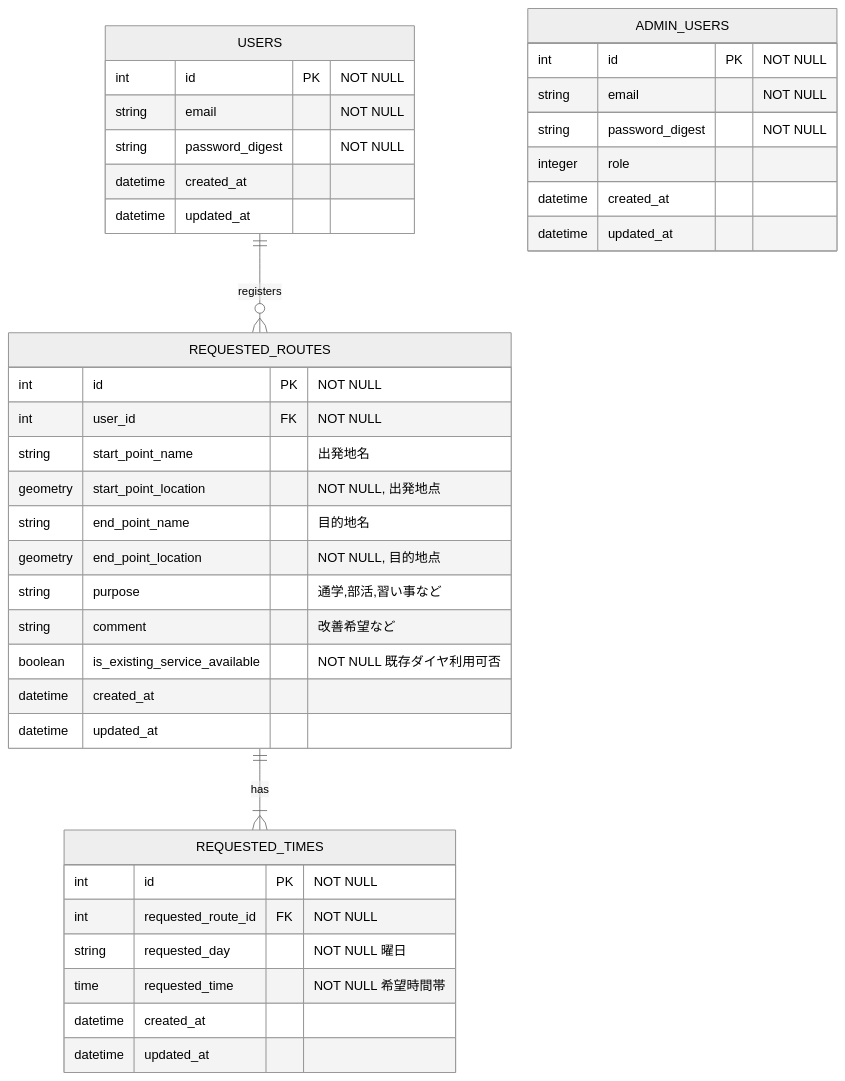
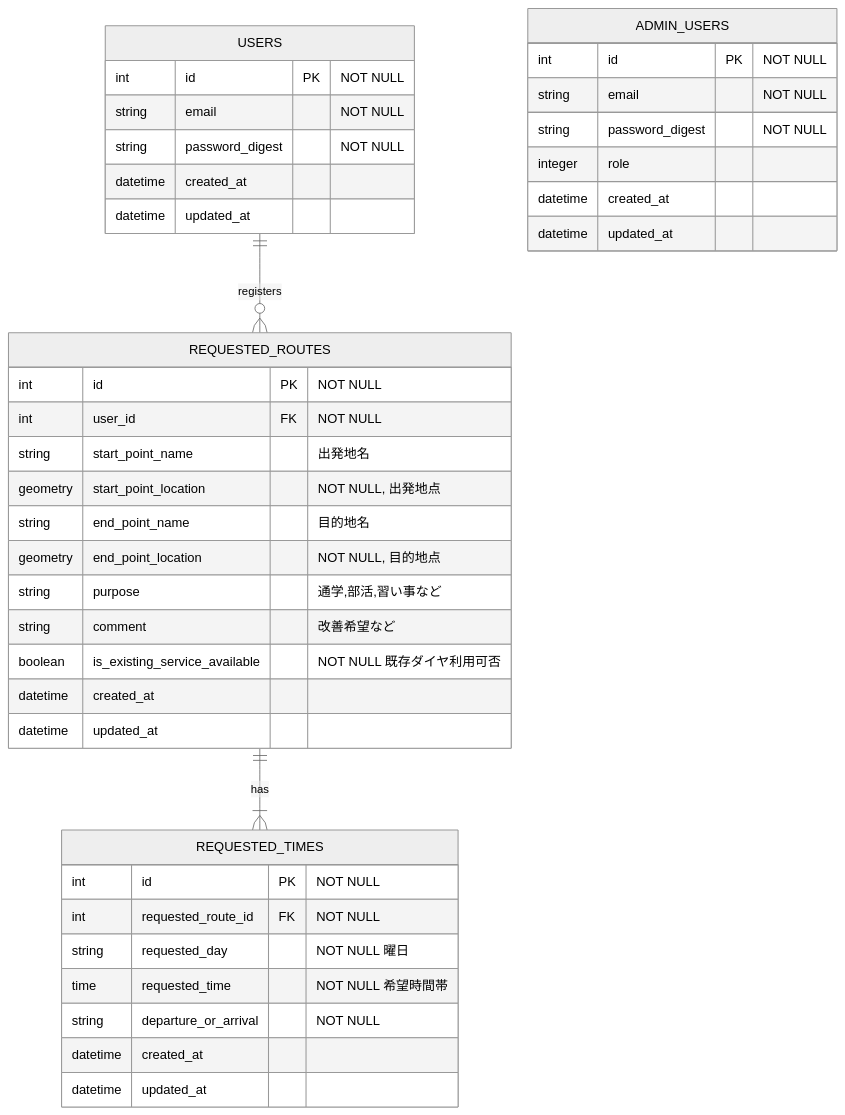
Before and after one commit to sachiurata/transportation: the diagram in docs/ER図.md, drawn with Mermaid (neutral theme). The commit also changed other lines of this file and 8 other files, not shown here.

`````diff
--- a/docs/ER図.md
+++ b/docs/ER図.md
@@ -2,41 +1,42 @@
 ````mermaid
 erDiagram
     USERS ||--o{ REQUESTED_ROUTES : "registers"
     REQUESTED_ROUTES ||--|{ REQUESTED_TIMES : "has"
     ADMIN_USERS {
         int id PK "NOT NULL"
         string email "NOT NULL"
         string password_digest "NOT NULL"
         integer role
         datetime created_at
         datetime updated_at
     }
     USERS {
         int id PK "NOT NULL"
         string email "NOT NULL"
         string password_digest "NOT NULL"
         datetime created_at
         datetime updated_at
     }
     REQUESTED_ROUTES {
         int id PK "NOT NULL"
         int user_id FK "NOT NULL"
         string start_point_name "出発地名"
         geometry start_point_location "NOT NULL, 出発地点"
         string end_point_name "目的地名"
         geometry end_point_location "NOT NULL, 目的地点"
         string purpose "通学,部活,習い事など"
         string comment "改善希望など"
         boolean is_existing_service_available "NOT NULL 既存ダイヤ利用可否"
         datetime created_at
         datetime updated_at
     }
     REQUESTED_TIMES {
        int id PK "NOT NULL"
        int requested_route_id FK "NOT NULL"
        string requested_day "NOT NULL 曜日"
        time requested_time "NOT NULL 希望時間帯"
+       string departure_or_arrival "NOT NULL"
        datetime created_at
        datetime updated_at
     }
 ````
`````
